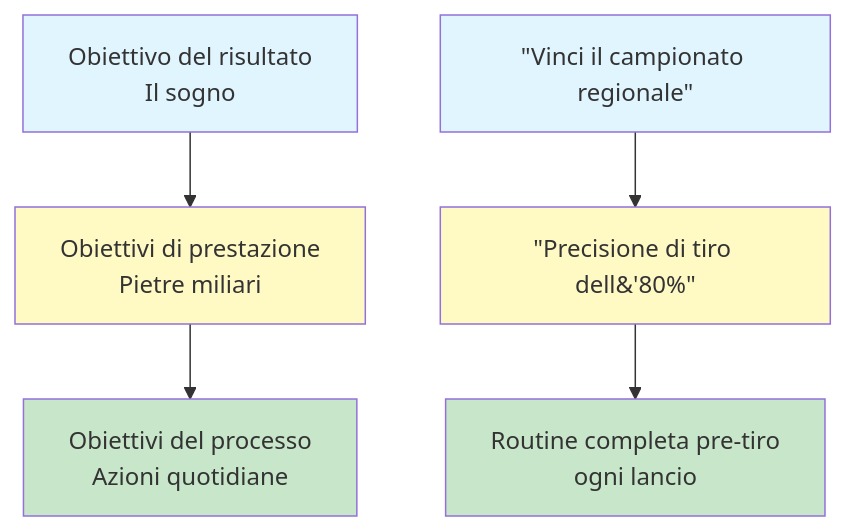
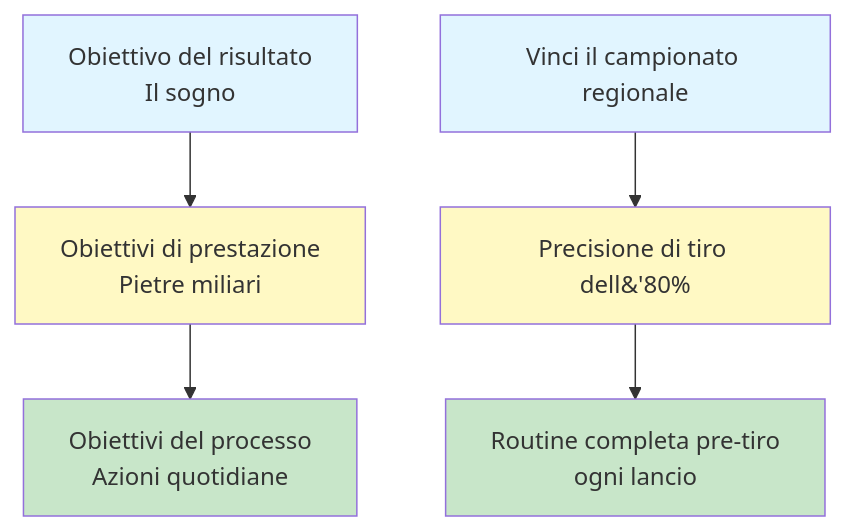
Before and after one commit to patwii/petanque-academy: the diagram in docs/it/education/goals/index.md, drawn with Mermaid. The commit also changed 8 other files, not shown here.

````diff
--- a/docs/it/education/goals/index.md
+++ b/docs/it/education/goals/index.md
@@ -42,15 +42,15 @@
 ```mermaid
 graph TD
     A[Obiettivo del risultato <br/> Il sogno] --> B[Obiettivi di prestazione <br/> Pietre miliari]
     B --> C[Obiettivi del processo <br/> Azioni quotidiane]
 
-    A2[&quot;Vinci il campionato regionale&quot;] --> B2[&quot;Precisione di tiro dell&#39;80%&quot;]
-    B2 --> C2[&quot;Routine completa pre-tiro <br/> ogni lancio&quot;]
+    A2["Vinci il campionato regionale"] --> B2["Precisione di tiro dell&#39;80%"]
+    B2 --> C2["Routine completa pre-tiro <br/> ogni lancio"]
 
     style A fill:#e1f5ff
     style B fill:#fff9c4
     style C fill:#c8e6c9
     style A2 fill:#e1f5ff
     style B2 fill:#fff9c4
     style C2 fill:#c8e6c9
 ```
````
